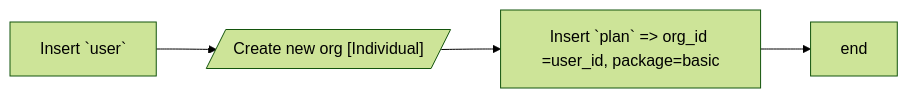
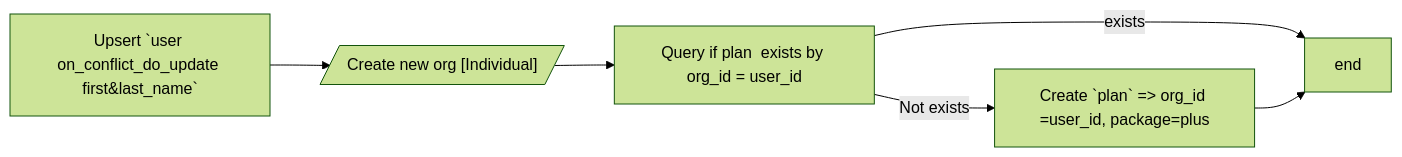
One commit to claire0613/ocelot_docs changed the second of 3 diagrams in vs_account.md. Above: the diagram before and after it, drawn with Mermaid (forest theme). The commit also changed other lines of this file and 1 other file, not shown here.

````diff
--- a/vs_account.md
+++ b/vs_account.md
@@ -31,10 +30,13 @@
 ```mermaid
 
 graph LR
 
-    B[Insert `user`] --> C[/"Create new org [Individual]"/]
-    C --> D[Insert `plan` => org_id =user_id, package=basic ]
-    D --> E[end]
+    B[Upsert `user on_conflict_do_update first&last_name`] --> C[/"Create new org [Individual]"/]
+    C --> D[Query if plan  exists by org_id = user_id ]
+    D -->|Not exists|E[Create `plan` => org_id =user_id, package=plus ]
+    D -->|exists|G[end]
+    E --> G
+
 
 
 ```
````
